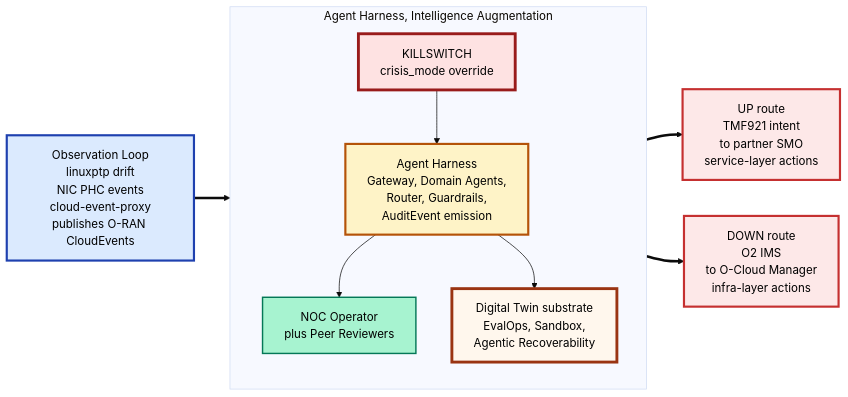
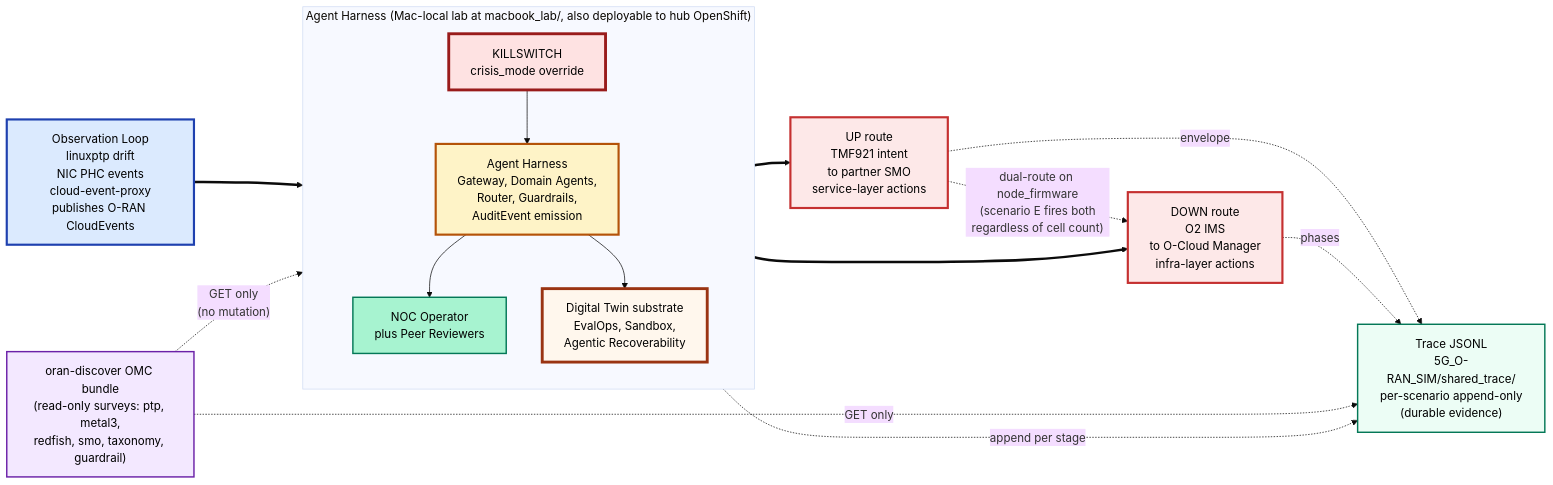
Before and after one commit to dkypuros/oran-agent-harness: the diagram in talk/architecture.mmd, drawn with Mermaid (base theme). The commit also changed 7 other files, not shown here.

First line of the commit message:
Architecture diagrams v2, catch up to scenarios D/E and the new surfaces

```diff
--- a/talk/architecture.mmd
+++ b/talk/architecture.mmd
@@ -1,37 +1,52 @@
-%% architecture.mmd
-%% Macro / billboard view of the O-RAN Agent Harness closed-loop pattern.
-%% Seven boxes, two routing branches. The mental map an audience reads in 30 seconds.
+%% architecture.mmd v2 (macro / billboard view, the 30-second mental map)
+%% v2 changes vs v1:
+%%   added durable Trace JSONL persistence node (shared_trace/*.jsonl)
+%%   added explicit dual-route annotation between UP and DOWN (scenario E pattern)
+%%   added oran-discover read-only observation surface (the new OMC bundle)
+%%   added Mac-local lab annotation on the harness subgraph
 %% Companion diagrams (open these for detail):
-%%   architecture_zoom_governance.mmd   TM Forum top: audit, reversibility, killswitch, co-authorization
-%%   architecture_zoom_cognitive.mmd    Gateway, MCP servers, domain agents, Digital Twin substrate
-%%   architecture_zoom_ocloud.mmd       Hub O-Cloud, ACM, spoke operators, worker node, NIC
-%%   architecture_full.mmd              Comprehensive 30+ component reference (former architecture v3)
+%%   architecture_zoom_governance.mmd   TM Forum top: audit, reversibility, killswitch, co-auth
+%%   architecture_zoom_cognitive.mmd    Gateway, MCP servers, domain agents, unified LLM client, twin
+%%   architecture_zoom_ocloud.mmd       Hub O-Cloud, ACM, spoke operators, scenario E firmware path
+%%   architecture_full.mmd              Comprehensive 30+ component reference (v4)
 
 flowchart LR
 
     Obs["Observation Loop<br/>linuxptp drift<br/>NIC PHC events<br/>cloud-event-proxy<br/>publishes O-RAN CloudEvents"]:::observation
 
-    subgraph Middle["Agent Harness, Intelligence Augmentation"]
+    subgraph Middle["Agent Harness (Mac-local lab at macbook_lab/, also deployable to hub OpenShift)"]
         direction TB
         Harness["Agent Harness<br/>Gateway, Domain Agents,<br/>Router, Guardrails,<br/>AuditEvent emission"]:::harness
         Operator["NOC Operator<br/>plus Peer Reviewers"]:::human
         Killswitch["KILLSWITCH<br/>crisis_mode override"]:::killswitch
         Twin["Digital Twin substrate<br/>EvalOps, Sandbox,<br/>Agentic Recoverability"]:::twin
         Harness --> Operator
         Killswitch --> Harness
         Harness --> Twin
     end
 
     UpRoute["UP route<br/>TMF921 intent<br/>to partner SMO<br/>service-layer actions"]:::routing
     DownRoute["DOWN route<br/>O2 IMS<br/>to O-Cloud Manager<br/>infra-layer actions"]:::routing
 
+    TraceLayer["Trace JSONL<br/>5G_O-RAN_SIM/shared_trace/<br/>per-scenario append-only<br/>(durable evidence)"]:::trace
+
+    Discover["oran-discover OMC bundle<br/>(read-only surveys: ptp, metal3,<br/>redfish, smo, taxonomy, guardrail)"]:::discover
+
     Obs ==> Harness
     Harness ==> UpRoute
     Harness ==> DownRoute
+    UpRoute -. "dual-route on node_firmware<br/>(scenario E fires both<br/>regardless of cell count)" .-> DownRoute
+    Harness -. "append per stage" .-> TraceLayer
+    UpRoute -. "envelope" .-> TraceLayer
+    DownRoute -. "phases" .-> TraceLayer
+    Discover -. "GET only<br/>(no mutation)" .-> Harness
+    Discover -. "GET only" .-> TraceLayer
 
     classDef observation fill:#dbeafe,stroke:#1e40af,color:#000,stroke-width:3px
     classDef harness fill:#fef3c7,stroke:#b45309,color:#000,stroke-width:3px
     classDef human fill:#a7f3d0,stroke:#047857,color:#000,stroke-width:2px
     classDef killswitch fill:#fee2e2,stroke:#991b1b,color:#000,stroke-width:4px
     classDef twin fill:#fff7ed,stroke:#9a3412,color:#000,stroke-width:4px
     classDef routing fill:#fde8e8,stroke:#c53030,color:#000,stroke-width:3px
+    classDef trace fill:#ecfdf5,stroke:#047857,color:#000,stroke-width:2px
+    classDef discover fill:#f3e8ff,stroke:#6b21a8,color:#000,stroke-width:2px
```
